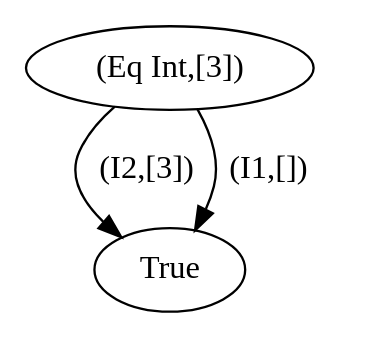
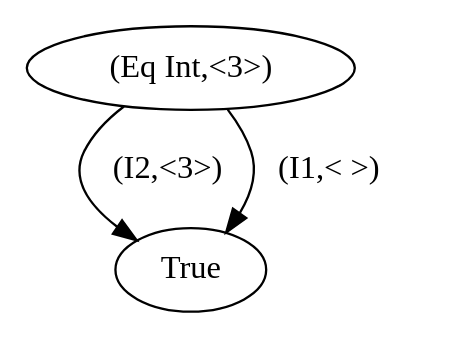
One commit to uhc/uhc changed the diagram in EHC/figs/redGraphEqIntTwice.dot. Above: the diagram before and after it, drawn with Graphviz. The commit also changed 51 other files, not shown here.

```diff
--- a/EHC/figs/redGraphEqIntTwice.dot
+++ b/EHC/figs/redGraphEqIntTwice.dot
@@ -1,6 +1,6 @@
 digraph fgl {
-	0 [label = "(Eq Int,[3])"]
+	0 [label = "(Eq Int,<3>)"]
 	1 [label = "True"]
-	0 -> 1 [label = " (I2,[3]) "]
-	0 -> 1 [label = " (I1,[])  "]
+	0 -> 1 [label = " (I2,<3>) "]
+	0 -> 1 [label = " (I1,< >)  "]
 }
```
